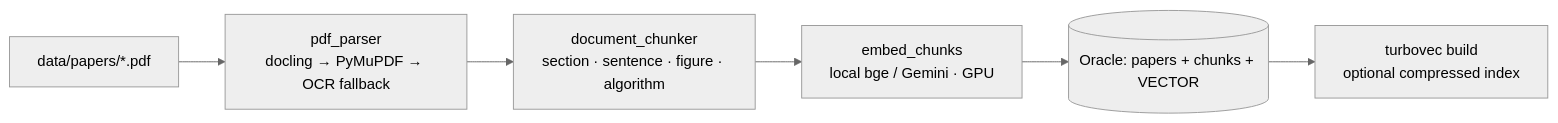
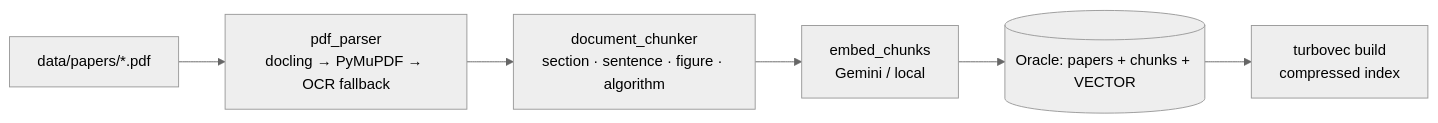
Before and after one commit to anistondeveloperteam-ANT/Audio-research-assistant: the fourth of 5 diagrams in docs/ARCHITECTURE.md, drawn with Mermaid (neutral theme). The commit also changed other lines of this file and 28 other files, not shown here.

````diff
--- a/docs/ARCHITECTURE.md
+++ b/docs/ARCHITECTURE.md
@@ -227,8 +213,8 @@
 ```mermaid
 flowchart LR
     PDF[data/papers/*.pdf] --> PARSE[pdf_parser<br/>docling → PyMuPDF → OCR fallback]
     PARSE --> CHUNK[document_chunker<br/>section · sentence · figure · algorithm]
-    CHUNK --> EMB[embed_chunks<br/>local bge / Gemini · GPU]
+    CHUNK --> EMB[embed_chunks<br/>Gemini / local]
     EMB --> ORA[(Oracle: papers + chunks + VECTOR)]
-    ORA --> TVB[turbovec build<br/>optional compressed index]
+    ORA --> TVB[turbovec build<br/>compressed index]
 ```
````
